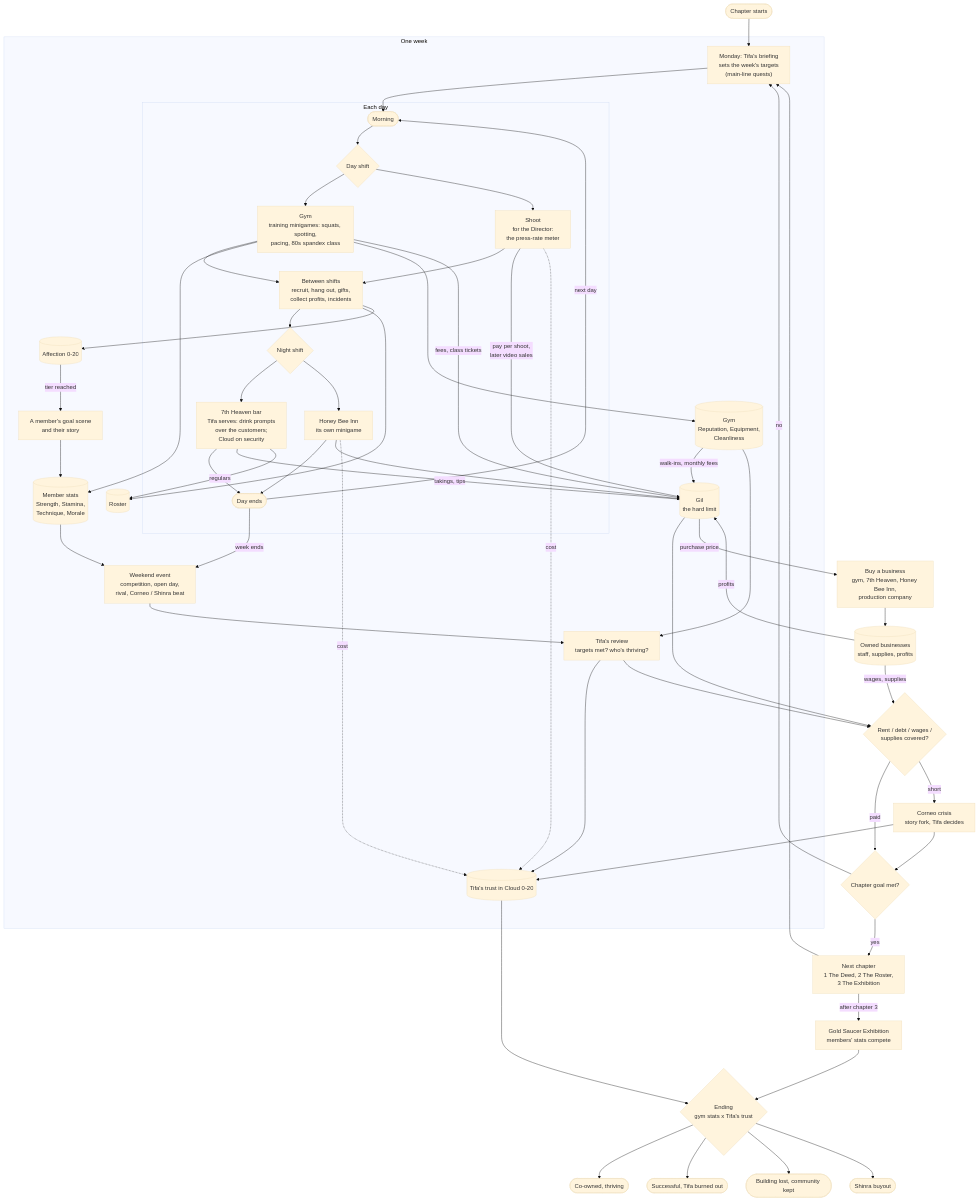
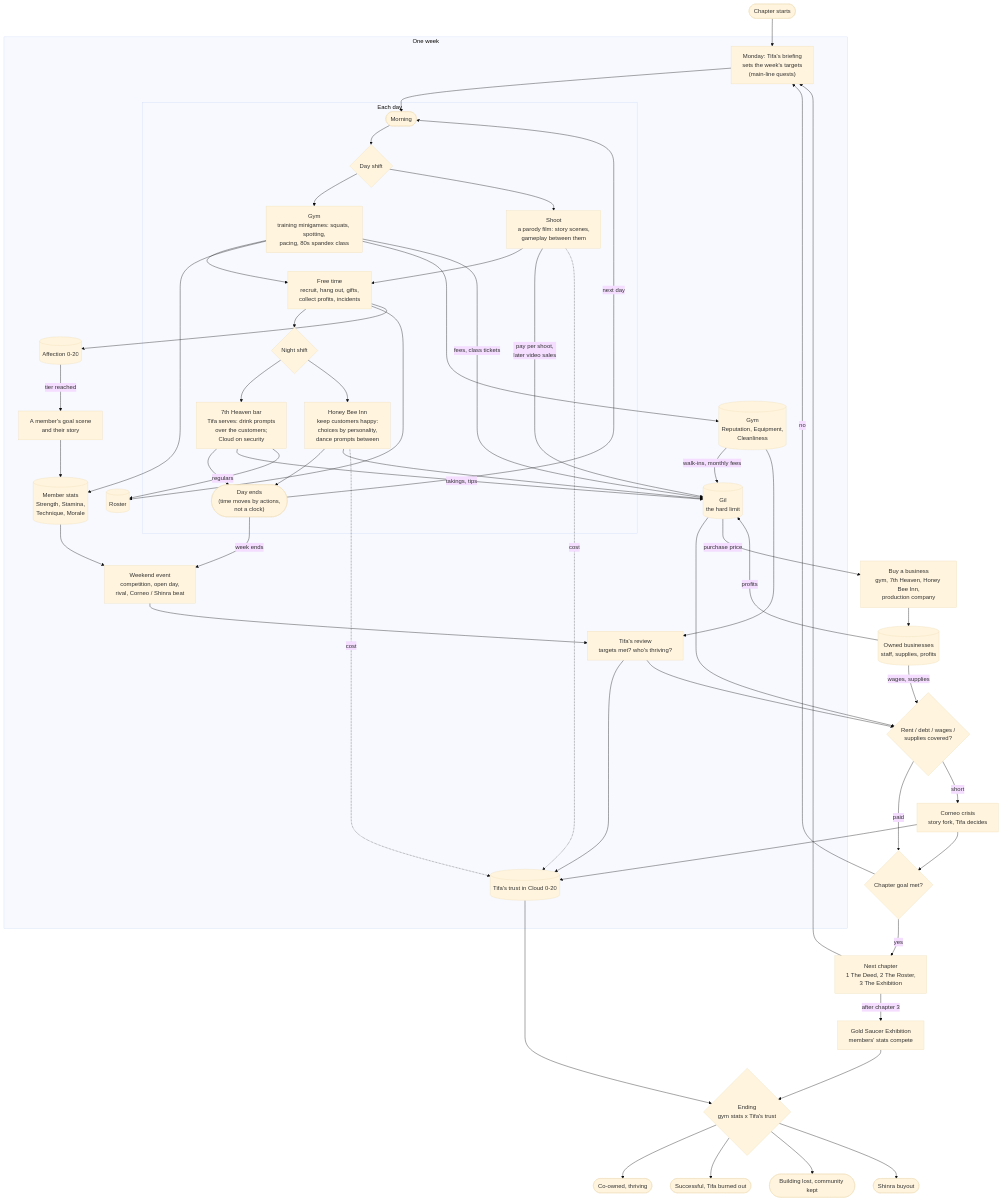
Before and after one commit to Mattyuel/openFF7: the diagram in docs/gym_loop.mmd, drawn with Mermaid (base theme). The commit also changed 1 other file, not shown here.

Commit message:
gym plan: Honey Bee night shift (personalities, choices, dance prompts), free time between shifts, shoots as parody films, time by actions
Claude-Session: https://claude.ai/code/session_019u5xachEiCJNt3cu3ntCR4

```diff
--- a/docs/gym_loop.mmd
+++ b/docs/gym_loop.mmd
@@ -1,67 +1,67 @@
 flowchart TD
     START([Chapter starts]) --> MON
 
     subgraph WEEK [One week]
         MON["Monday: Tifa's briefing<br/>sets the week's targets<br/>(main-line quests)"]
         MON --> DAYSTART
 
         subgraph DAY [Each day]
             DAYSTART(["Morning"]) --> DSHIFT{"Day shift"}
             DSHIFT --> GYM["Gym<br/>training minigames: squats, spotting,<br/>pacing, 80s spandex class"]
-            DSHIFT --> SHOOT["Shoot<br/>for the Director:<br/>the press-rate meter"]
+            DSHIFT --> SHOOT["Shoot<br/>a parody film: story scenes,<br/>gameplay between them"]
             GYM --> BETWEEN
             SHOOT --> BETWEEN
-            BETWEEN["Between shifts<br/>recruit, hang out, gifts,<br/>collect profits, incidents"]
+            BETWEEN["Free time<br/>recruit, hang out, gifts,<br/>collect profits, incidents"]
             BETWEEN --> NSHIFT{"Night shift"}
             NSHIFT --> BAR["7th Heaven bar<br/>Tifa serves: drink prompts<br/>over the customers;<br/>Cloud on security"]
-            NSHIFT --> INN["Honey Bee Inn<br/>its own minigame"]
-            BAR --> DAYEND(["Day ends"])
+            NSHIFT --> INN["Honey Bee Inn<br/>keep customers happy:<br/>choices by personality,<br/>dance prompts between"]
+            BAR --> DAYEND(["Day ends<br/>(time moves by actions,<br/>not a clock)"])
             INN --> DAYEND
         end
 
         GYM --> MSTATS[("Member stats<br/>Strength, Stamina,<br/>Technique, Morale")]
         GYM --> REP[("Gym<br/>Reputation, Equipment,<br/>Cleanliness")]
         GYM -->|fees, class tickets| GIL[("Gil<br/>the hard limit")]
         SHOOT -->|pay per shoot,<br/>later video sales| GIL
         SHOOT -.->|cost| TRUST[("Tifa's trust in Cloud 0-20")]
         BAR -->|takings, tips| GIL
         BAR -->|regulars| ROSTER[("Roster")]
         INN --> GIL
         INN -.->|cost| TRUST
         BETWEEN --> ROSTER
         BETWEEN --> AFF[("Affection 0-20")]
         AFF -->|tier reached| GOAL["A member's goal scene<br/>and their story"]
         GOAL --> MSTATS
 
         DAYEND -->|next day| DAYSTART
         DAYEND -->|week ends| WEEKEND["Weekend event<br/>competition, open day,<br/>rival, Corneo / Shinra beat"]
         WEEKEND --> REVIEW["Tifa's review<br/>targets met? who's thriving?"]
     end
 
     MSTATS --> WEEKEND
     REP -->|walk-ins, monthly fees| GIL
     REP --> REVIEW
     REVIEW --> TRUST
     REVIEW --> RENT{"Rent / debt / wages /<br/>supplies covered?"}
     GIL --> RENT
     RENT -->|paid| NEXT
     RENT -->|short| CRISIS["Corneo crisis<br/>story fork, Tifa decides"]
     CRISIS --> TRUST
     CRISIS --> NEXT
 
     NEXT{"Chapter goal met?"}
     NEXT -->|no| MON
     NEXT -->|yes| CHAPTER["Next chapter<br/>1 The Deed, 2 The Roster,<br/>3 The Exhibition"]
     CHAPTER --> MON
     GIL -->|purchase price| BUY["Buy a business<br/>gym, 7th Heaven, Honey Bee Inn,<br/>production company"]
     BUY --> ASSETS[("Owned businesses<br/>staff, supplies, profits")]
     ASSETS -->|profits| GIL
     ASSETS -->|wages, supplies| RENT
 
     CHAPTER -->|after chapter 3| EXHIBIT["Gold Saucer Exhibition<br/>members' stats compete"]
     EXHIBIT --> ENDING{"Ending<br/>gym stats x Tifa's trust"}
     TRUST --> ENDING
     ENDING --> E1([Co-owned, thriving])
     ENDING --> E2([Successful, Tifa burned out])
     ENDING --> E3([Building lost, community kept])
     ENDING --> E4([Shinra buyout])
```
